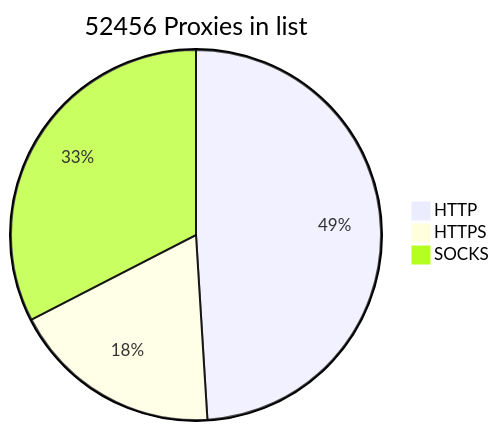
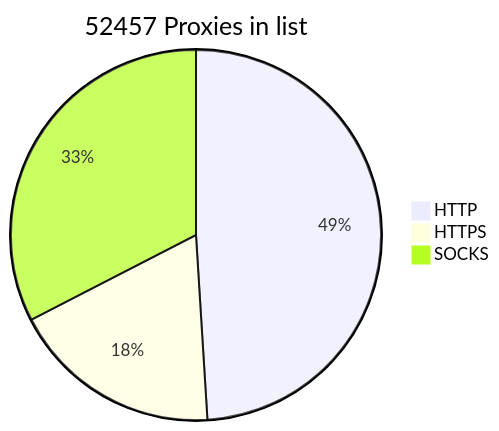
The diagram in README.md (BlackSnowDot/proxylist-update-every-minute), drawn with Mermaid before and after one commit.

````diff
--- a/README.md
+++ b/README.md
@@ -2,6 +2,6 @@
 ```mermaid
-pie title 52456 Proxies in list
+pie title 52457 Proxies in list
     "HTTP" : 28915
     "HTTPS": 10871
-    "SOCKS" : 19205
+    "SOCKS" : 19206
 ```
````
